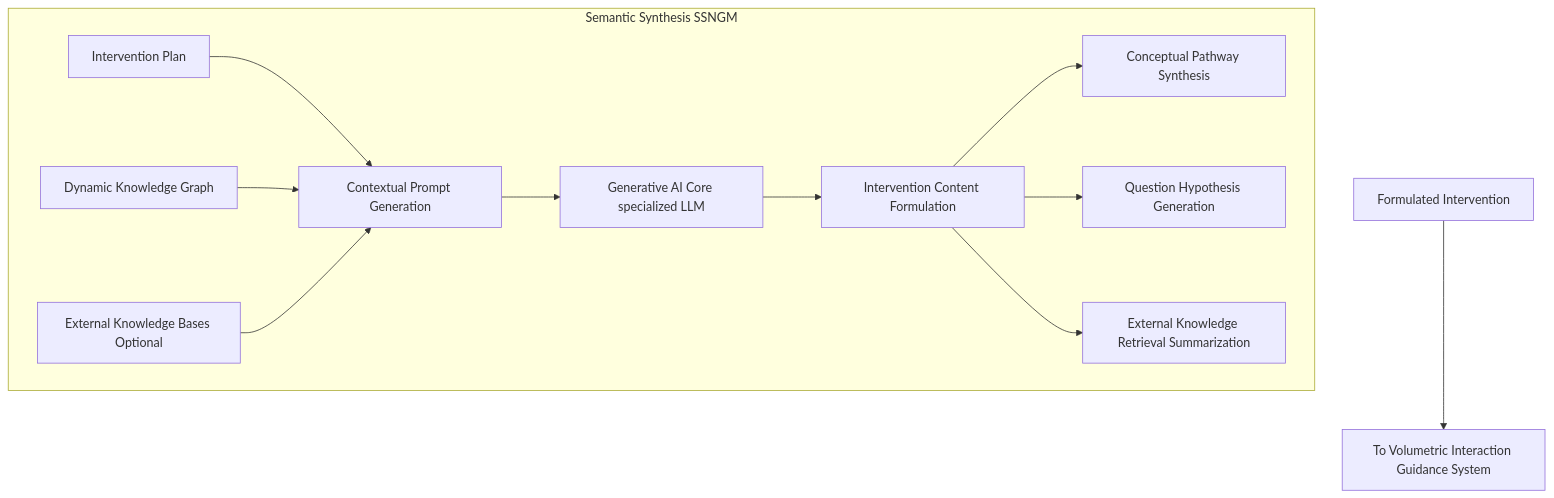
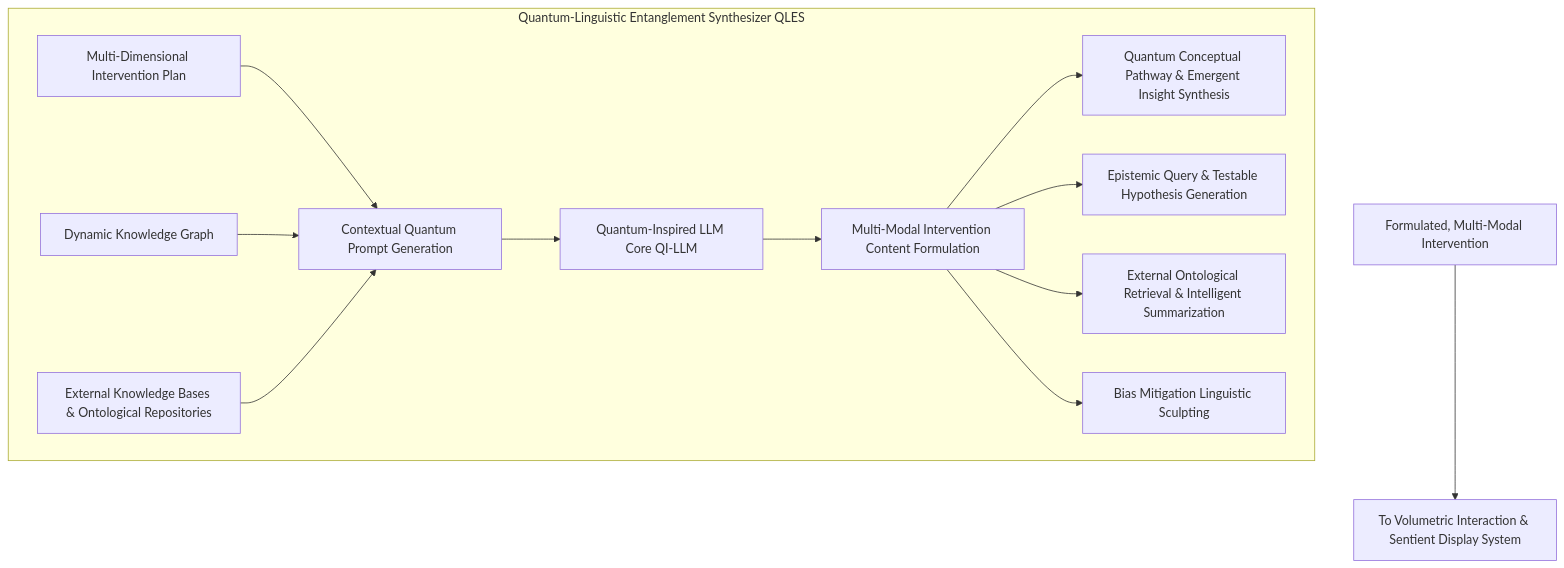
The sixth of 11 diagrams in inventions/inventions/012_holographic_meeting_scribe/015_autonomous_discourse_orchestration_agent.md (diplomat-bit/Citibank_Demo_Business_Inc_Demonstration-), drawn with Mermaid before and after one commit. The commit also changed other lines of this file, not shown here.

````diff
--- a/inventions/inventions/012_holographic_meeting_scribe/015_autonomous_discourse_orchestration_agent.md
+++ b/inventions/inventions/012_holographic_meeting_scribe/015_autonomous_discourse_orchestration_agent.md
@@ -244,17 +271,18 @@
 ```mermaid
 graph TD
-    subgraph Semantic Synthesis SSNGM
-        AISC_INPUT[Intervention Plan] --> CONTEXTUAL_PROMPT_GEN[Contextual Prompt Generation];
-        DKG[Dynamic Knowledge Graph] --> CONTEXTUAL_PROMPT_GEN;
-        EXK[External Knowledge Bases Optional] --> CONTEXTUAL_PROMPT_GEN;
+    subgraph Quantum-Linguistic Entanglement Synthesizer QLES
+        MPAFC_INPUT[Multi-Dimensional Intervention Plan] --> CONTEXTUAL_QUANTUM_PROMPT_GEN[Contextual Quantum Prompt Generation];
+        DKG[Dynamic Knowledge Graph] --> CONTEXTUAL_QUANTUM_PROMPT_GEN;
+        EXK[External Knowledge Bases & Ontological Repositories] --> CONTEXTUAL_QUANTUM_PROMPT_GEN;
         
-        CONTEXTUAL_PROMPT_GEN --> GENERATIVE_AI_CORE[Generative AI Core specialized LLM];
-        GENERATIVE_AI_CORE --> INTERVENTION_FORMULATION[Intervention Content Formulation];
+        CONTEXTUAL_QUANTUM_PROMPT_GEN --> GENERATIVE_AI_CORE[Quantum-Inspired LLM Core QI-LLM];
+        GENERATIVE_AI_CORE --> INTERVENTION_FORMULATION[Multi-Modal Intervention Content Formulation];
         
-        INTERVENTION_FORMULATION --> CONCEPTUAL_PATHWAY_SYNTHESIS[Conceptual Pathway Synthesis];
-        INTERVENTION_FORMULATION --> QUESTION_HYPOTHESIS_GEN[Question Hypothesis Generation];
-        INTERVENTION_FORMULATION --> EXTERNAL_KNOWLEDGE_RETRIEVAL[External Knowledge Retrieval Summarization];
+        INTERVENTION_FORMULATION --> CONCEPTUAL_PATHWAY_SYNTHESIS[Quantum Conceptual Pathway & Emergent Insight Synthesis];
+        INTERVENTION_FORMULATION --> EPISTEMIC_QUERY_HYPOTHESIS_GEN[Epistemic Query & Testable Hypothesis Generation];
+        INTERVENTION_FORMULATION --> EXTERNAL_ONTOLOGICAL_INJECTION[External Ontological Retrieval & Intelligent Summarization];
+        INTERVENTION_FORMULATION --> BIAS_MITIGATION_LINGUISTICS[Bias Mitigation Linguistic Sculpting];
     end
 
-    SSNGM_OUTPUT[Formulated Intervention] --> VIGS_INPUT[To Volumetric Interaction Guidance System];
+    QLES_OUTPUT[Formulated, Multi-Modal Intervention] --> VISDS_INPUT[To Volumetric Interaction & Sentient Display System];
 ```
````
